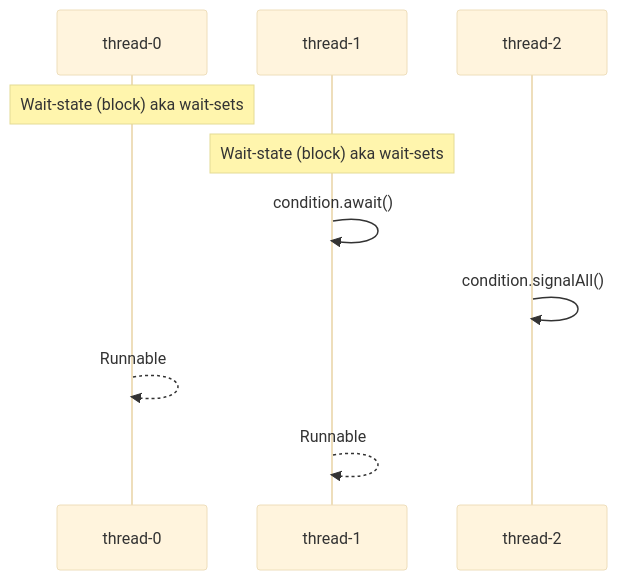
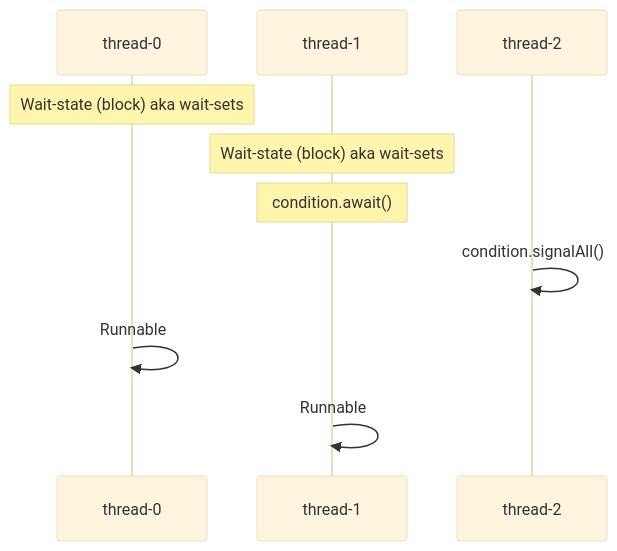
One commit to ShivaniPanjala/java-springboot-interview-ques changed the diagram in java/multithreading.md. Above: the diagram before and after it, drawn with Mermaid (base theme).

````diff
--- a/java/multithreading.md
+++ b/java/multithreading.md
@@ -217,21 +217,22 @@
 ```mermaid
 sequenceDiagram
     participant thread0 as thread-0
     participant thread1 as thread-1
     participant thread2 as thread-2
 
-    %% Threads enter wait-state (no arrow since they are blocked)
+    %% Threads enter wait-state (no arrows)
     Note over thread0: Wait-state (block) aka wait-sets
     Note over thread1: Wait-state (block) aka wait-sets
 
-    %% thread-1 calls await
-    thread1->>thread1: condition.await()
+    %% thread-1 calls await (still blocked)
+    Note over thread1: condition.await()
 
     %% thread-2 signals all waiting threads
     thread2->>thread2: condition.signalAll()
 
     %% Threads become runnable
-    thread0-->>thread0: Runnable
-    thread1-->>thread1: Runnable
+    thread0->>thread0: Runnable
+    thread1->>thread1: Runnable
+
 
 ```
````
